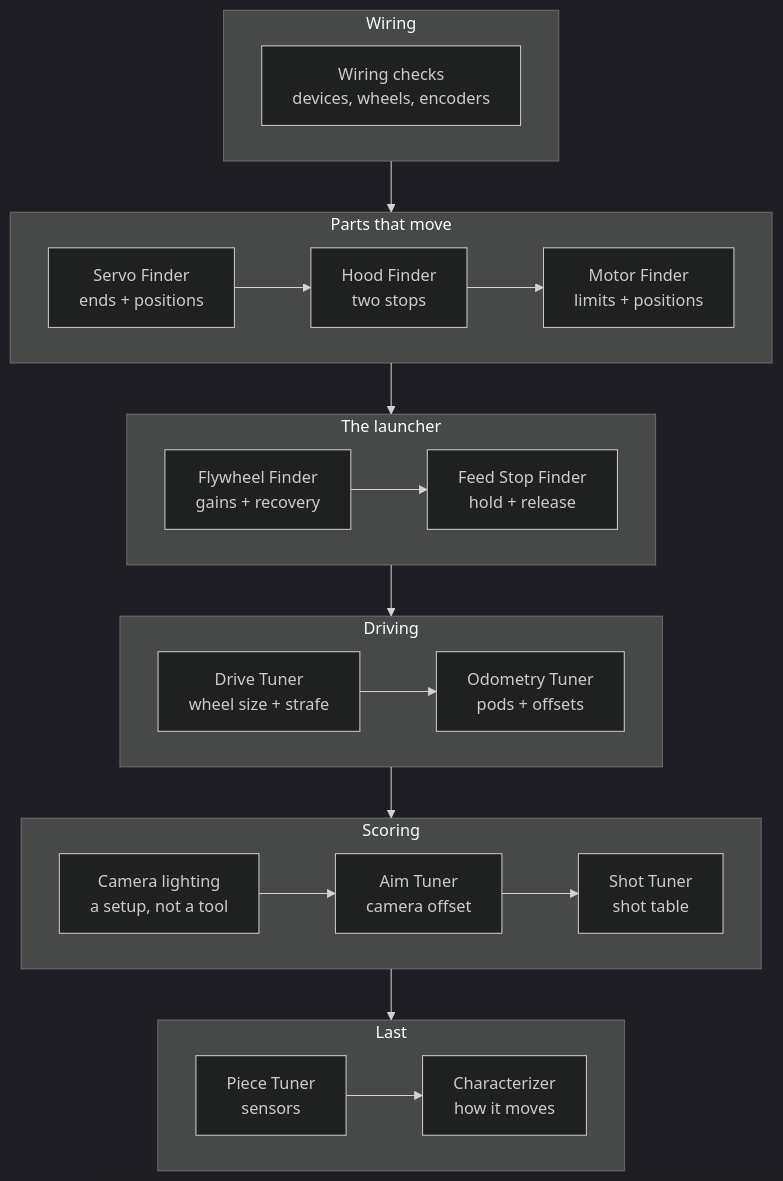
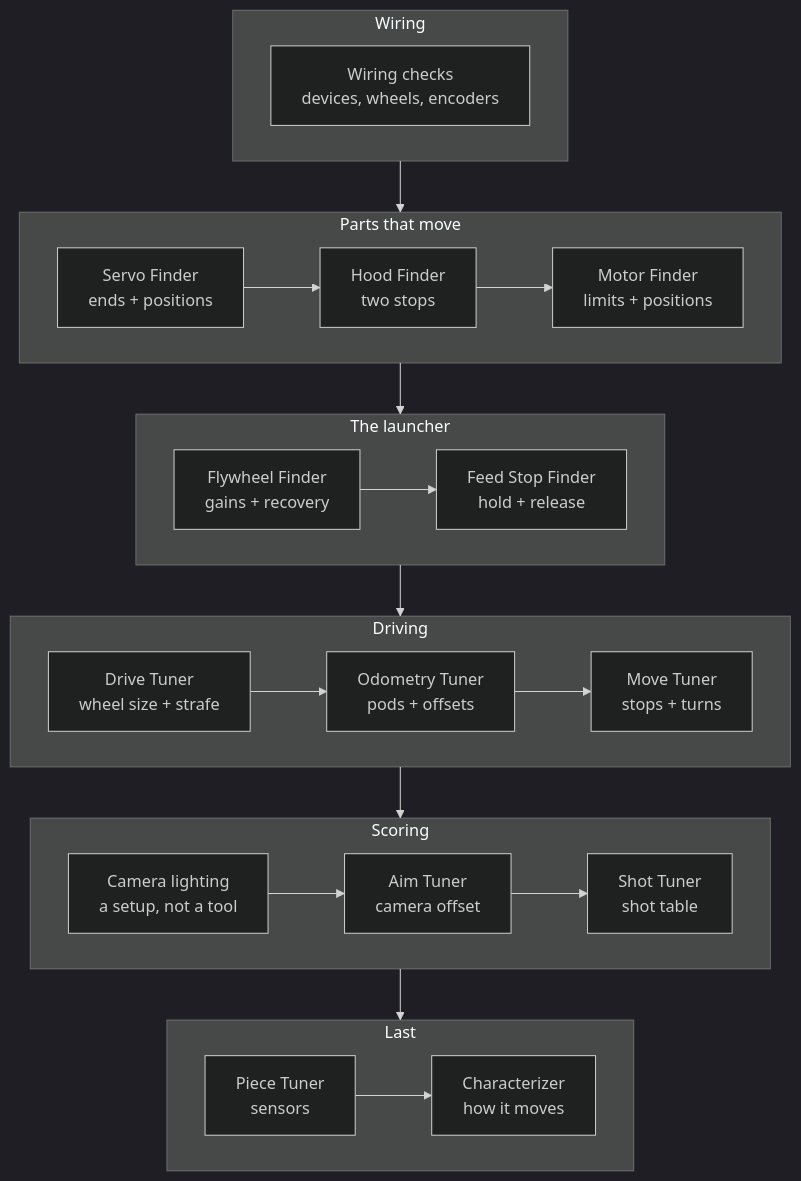
The diagram in docs/tuning/README.md (crossbotics/ftc-helper-lib), drawn with Mermaid (dark theme) before and after one commit. The commit also changed other lines of this file and 72 other files, not shown here.

First line of the commit message:
Move Tuner: tune how the robot stops and turns in autos

````diff
--- a/docs/tuning/README.md
+++ b/docs/tuning/README.md
@@ -14,27 +14,27 @@
 ```mermaid
 flowchart TB
     subgraph G1["Wiring"]
         H["Wiring checks<br/>devices, wheels, encoders"]
     end
     subgraph G2["Parts that move"]
         direction LR
         S["Servo Finder<br/>ends + positions"] --> HO["Hood Finder<br/>two stops"] --> M["Motor Finder<br/>limits + positions"]
     end
     subgraph G3["The launcher"]
         direction LR
         F["Flywheel Finder<br/>gains + recovery"] --> FS["Feed Stop Finder<br/>hold + release"]
     end
     subgraph G4["Driving"]
         direction LR
-        D["Drive Tuner<br/>wheel size + strafe"] --> O["Odometry Tuner<br/>pods + offsets"]
+        D["Drive Tuner<br/>wheel size + strafe"] --> O["Odometry Tuner<br/>pods + offsets"] --> MV["Move Tuner<br/>stops + turns"]
     end
     subgraph G5["Scoring"]
         direction LR
         L["Camera lighting<br/>a setup, not a tool"] --> A["Aim Tuner<br/>camera offset"] --> T["Shot Tuner<br/>shot table"]
     end
     subgraph G6["Last"]
         direction LR
         P["Piece Tuner<br/>sensors"] --> C["Characterizer<br/>how it moves"]
     end
     G1 --> G2 --> G3 --> G4 --> G5 --> G6
 ```
````
